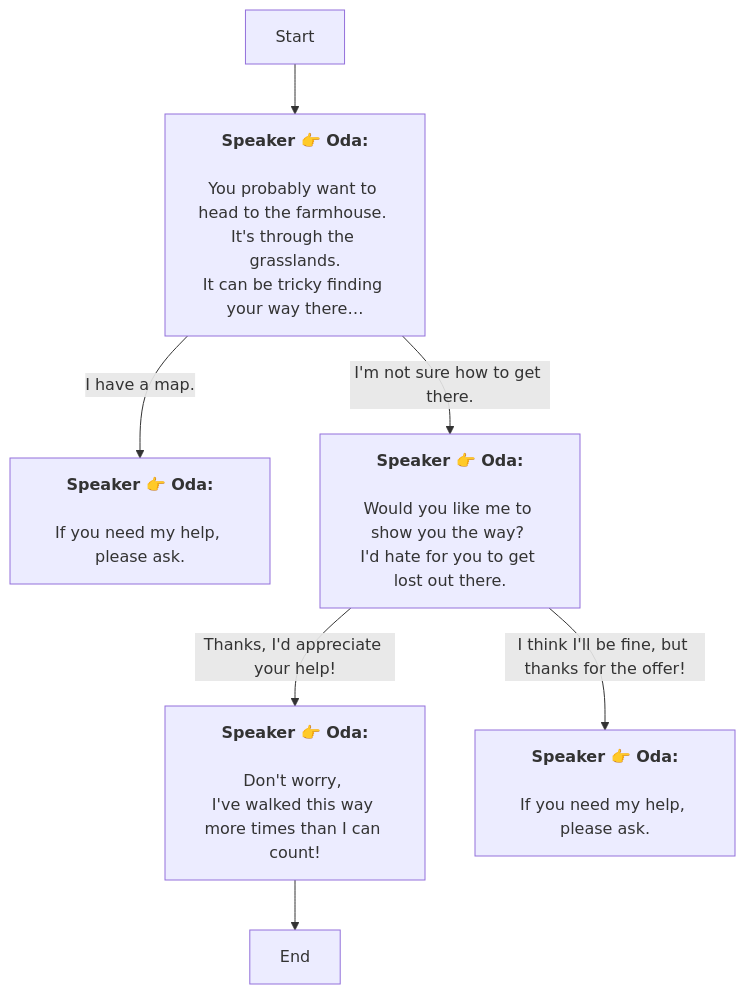
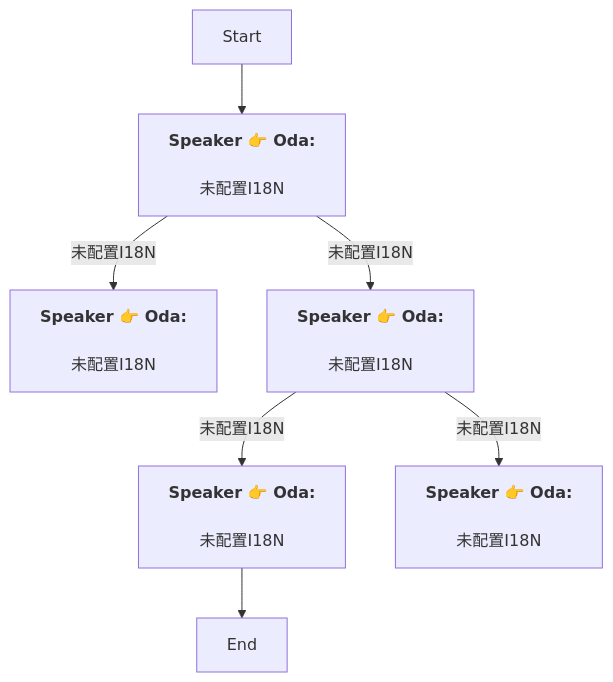
Before and after one commit to SoftHu/tos_avg: the diagram in En/QuestTalkObjectiveNode_1769054165073982.md, drawn with Mermaid. The commit also changed 730 other files, not shown here.

````diff
--- a/En/QuestTalkObjectiveNode_1769054165073982.md
+++ b/En/QuestTalkObjectiveNode_1769054165073982.md
@@ -1,18 +1,15 @@
 ```mermaid
 graph
 Start -->1769054202247250[<b>Speaker 👉 Oda:</b>
-\nYou probably want to head to the farmhouse. It's through the grasslands.
-It can be tricky finding your way there…]
-1769054202247250 -->|I have a map.|1769054202249302[<b>Speaker 👉 Oda:</b>
-\nIf you need my help, please ask.]
-1769054202247250 -->|I'm not sure how to get there.|1769054202250328[<b>Speaker 👉 Oda:</b>
-\nWould you like me to show you the way? 
-I'd hate for you to get lost out there.]
-1769054202250328 -->|Thanks, I'd appreciate your help!|1769054202252380[<b>Speaker 👉 Oda:</b>
-\nDon't worry, 
-I've walked this way more times than I can count!]
-1769054202250328 -->|I think I'll be fine, but thanks for the offer!|1769054202254430[<b>Speaker 👉 Oda:</b>
-\nIf you need my help, please ask.]
+\n未配置I18N]
+1769054202247250 -->|未配置I18N|1769054202249302[<b>Speaker 👉 Oda:</b>
+\n未配置I18N]
+1769054202247250 -->|未配置I18N|1769054202250328[<b>Speaker 👉 Oda:</b>
+\n未配置I18N]
+1769054202250328 -->|未配置I18N|1769054202252380[<b>Speaker 👉 Oda:</b>
+\n未配置I18N]
+1769054202250328 -->|未配置I18N|1769054202254430[<b>Speaker 👉 Oda:</b>
+\n未配置I18N]
 1769054202252380 -->1769054202253405[End]
 
 ```
````
